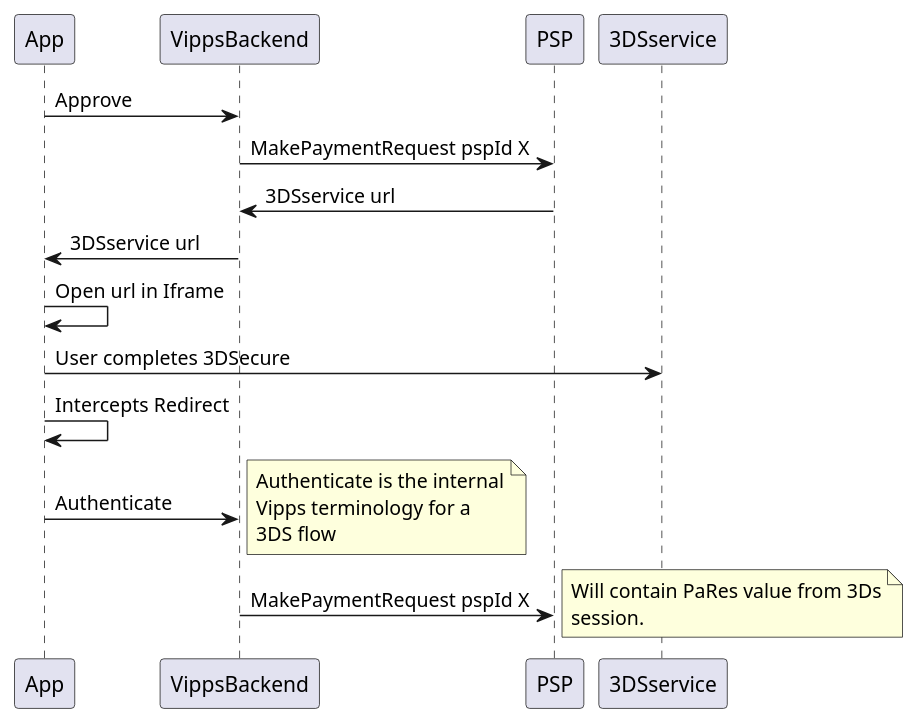
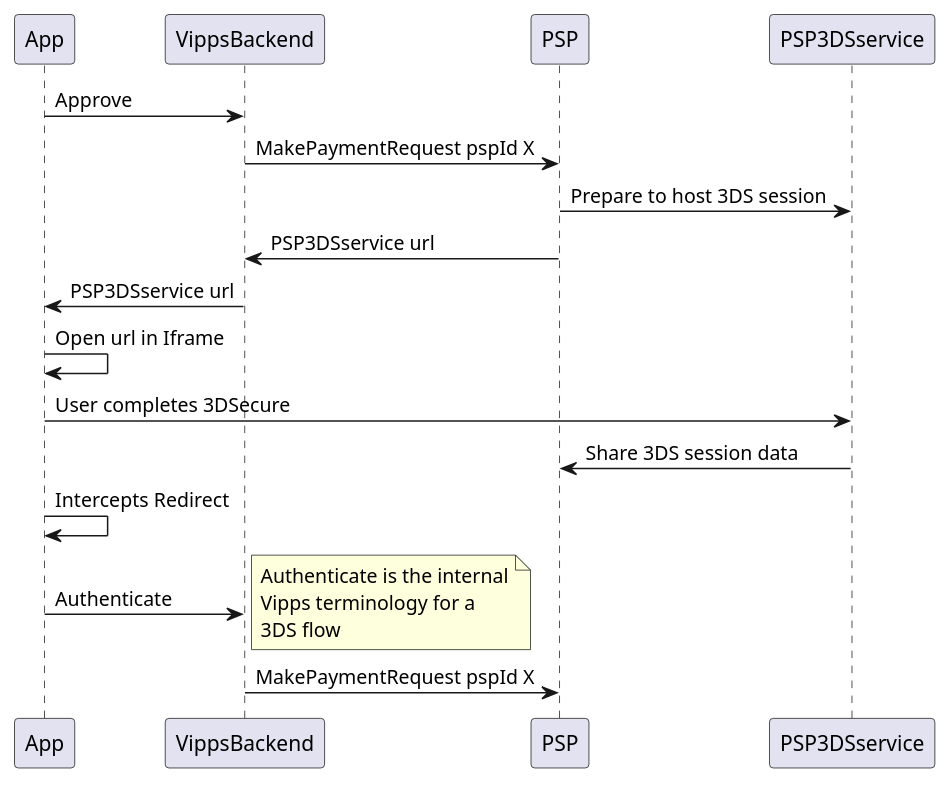
Before and after one commit to vippsas/vipps-psp-api: the diagram in diagrams/3DSFallbackFlow.puml, drawn with PlantUML. The commit also changed 2 other files, not shown here.

Commit message:
updated psd2 fallback plan with hosted session

```diff
--- a/diagrams/3DSFallbackFlow.puml
+++ b/diagrams/3DSFallbackFlow.puml
@@ -1,25 +1,23 @@
 @startuml
 participant App
 participant VippsBackend
 participant PSP
-participant 3DSservice
+participant PSP3DSservice
 
 App -> VippsBackend: Approve
 VippsBackend -> PSP: MakePaymentRequest pspId X
-PSP -> VippsBackend: 3DSservice url
-VippsBackend -> App: 3DSservice url
+PSP -> PSP3DSservice: Prepare to host 3DS session
+PSP -> VippsBackend: PSP3DSservice url
+VippsBackend -> App: PSP3DSservice url
 App -> App : Open url in Iframe
-App -> 3DSservice : User completes 3DSecure
+App -> PSP3DSservice : User completes 3DSecure
+PSP3DSservice -> PSP: Share 3DS session data
 App -> App : Intercepts Redirect
 App -> VippsBackend: Authenticate
 note right
 Authenticate is the internal
 Vipps terminology for a
 3DS flow
 end note
 VippsBackend -> PSP: MakePaymentRequest pspId X
-note right
-Will contain PaRes value from 3Ds
-session.
-end note
 @enduml
```
